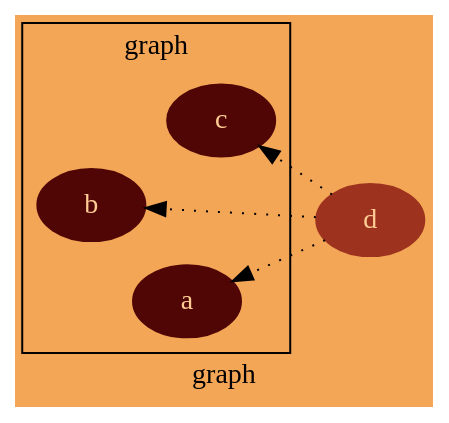
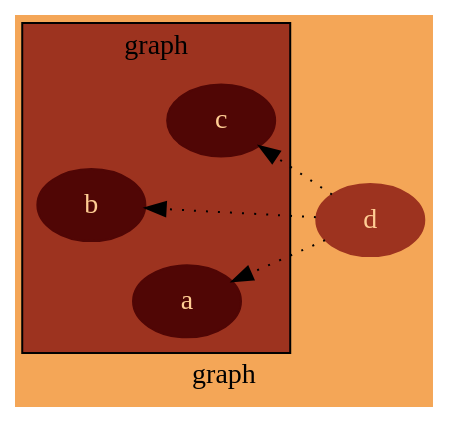
The diagram in graph.gv (lupus117/dnd-notes), drawn with Graphviz before and after one commit. The commit also changed 4 other files, not shown here.

```diff
--- a/graph.gv
+++ b/graph.gv
@@ -1,15 +1,15 @@
 digraph graphs {
 layout=fdp
 label = "graph"
 bgcolor="#f4a657"
 node [style = filled, color="#9d331f", fontcolor="#ffcd94"];
 
 	subgraph cluster0 { 
 	node [style = filled, color="#500605", fontcolor="#ffcd94"];
-
+	bgcolor="#9d331f"
     {rank = "same"; a b c }
     }
 d -> {a,b,c} [style=dotted];
 
 
 }
```
